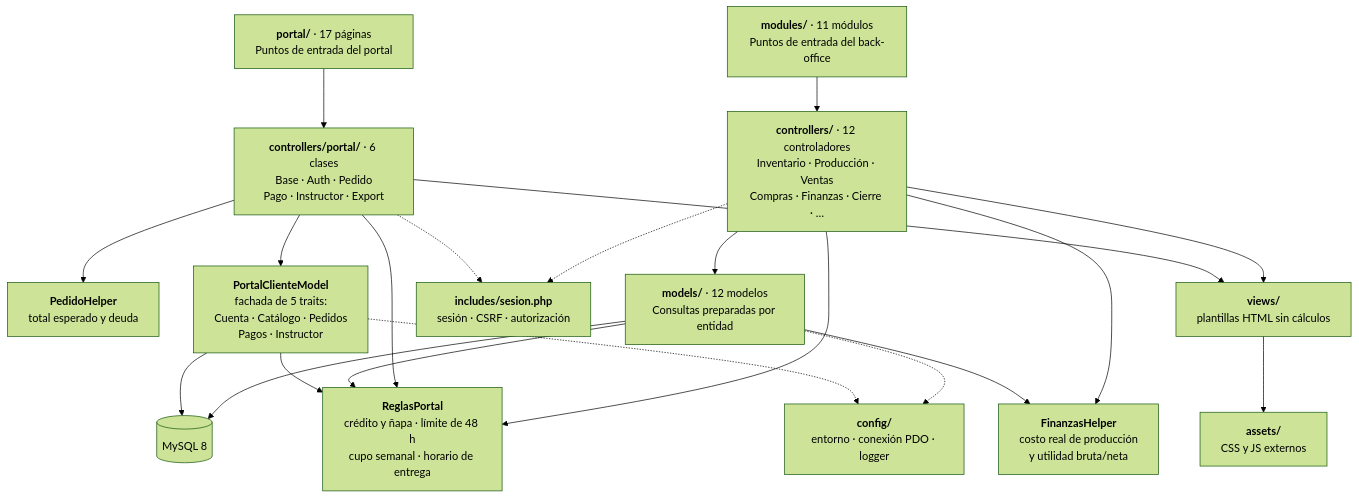
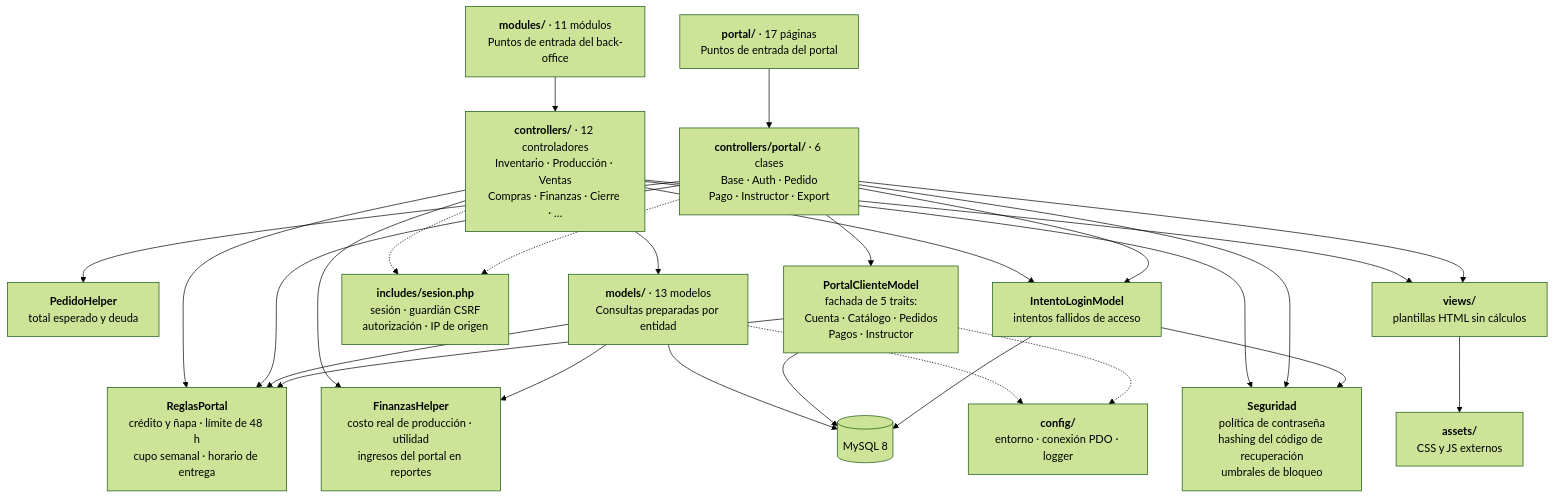
The first of 2 diagrams in README.md (Manuel151025/breadcontrol), drawn with Mermaid (forest theme) before and after one commit. The commit also changed other lines of this file and 1 other file, not shown here.

Commit message:
docs: sincronizar SRS y README con el sistema real (HU, seguridad, diagrama)
El SRS describia codigo que ya no existe y limitaciones ya corregidas. Se
alineo con lo que hoy corre en produccion:

- RS-02: la proteccion CSRF ya no es "solo del portal"; cubre todos los
  formularios administrativos. Se documenta el guardian por metodo.
- Nuevos RS-05..RS-08: freno a la fuerza bruta, politica unica de contrasena,
  secretos de recuperacion hasheados y credenciales fuera del repositorio.
- RF-26 / HU-05 / seccion 3.3 / formula G: se retira la integracion con la API
  de Wompi, que fue eliminada del proyecto por ser codigo muerto. El SRS la
  describia como funcionalidad disponible con webhook y llaves.
- Nueva formula G: ingresos totales = POS + portal cobrado, con la fecha de
  imputacion (fecha_entrega) y el porque del anti-doble-conteo.
- Nuevo RF-30 y HU-06/07/08: vinculacion por codigo del instructor, acceso
  protegido contra ataques automatizados e ingresos del portal en reportes.
- README: el diagrama de componentes incorpora Seguridad e IntentoLoginModel,
  y se explica por que el guardian CSRF va antes de resolver la accion.

````diff
--- a/README.md
+++ b/README.md
@@ -109,44 +109,52 @@
 ```mermaid
 flowchart TD
     BO["<b>modules/</b> · 11 módulos<br/>Puntos de entrada del back-office"]
     PT["<b>portal/</b> · 17 páginas<br/>Puntos de entrada del portal"]
 
     CBO["<b>controllers/</b> · 12 controladores<br/>Inventario · Producción · Ventas<br/>Compras · Finanzas · Cierre · …"]
     CPT["<b>controllers/portal/</b> · 6 clases<br/>Base · Auth · Pedido<br/>Pago · Instructor · Export"]
 
     RP["<b>ReglasPortal</b><br/>crédito y ñapa · límite de 48 h<br/>cupo semanal · horario de entrega"]
     PH["<b>PedidoHelper</b><br/>total esperado y deuda"]
-    FH["<b>FinanzasHelper</b><br/>costo real de producción<br/>y utilidad bruta/neta"]
+    FH["<b>FinanzasHelper</b><br/>costo real de producción · utilidad<br/>ingresos del portal en reportes"]
+    SG["<b>Seguridad</b><br/>política de contraseña<br/>hashing del código de recuperación<br/>umbrales de bloqueo"]
 
-    MBO["<b>models/</b> · 12 modelos<br/>Consultas preparadas por entidad"]
+    MBO["<b>models/</b> · 13 modelos<br/>Consultas preparadas por entidad"]
     MPT["<b>PortalClienteModel</b><br/>fachada de 5 traits:<br/>Cuenta · Catálogo · Pedidos<br/>Pagos · Instructor"]
+    MIL["<b>IntentoLoginModel</b><br/>intentos fallidos de acceso"]
 
-    SES["<b>includes/sesion.php</b><br/>sesión · CSRF · autorización"]
+    SES["<b>includes/sesion.php</b><br/>sesión · guardián CSRF<br/>autorización · IP de origen"]
     CFG["<b>config/</b><br/>entorno · conexión PDO · logger"]
 
     VW["<b>views/</b><br/>plantillas HTML sin cálculos"]
     AS["<b>assets/</b><br/>CSS y JS externos"]
 
     BD[("MySQL 8")]
 
     BO --> CBO
     PT --> CPT
     CBO --> MBO
     CPT --> MPT
     CBO --> RP
     CBO --> FH
+    CBO --> SG
     CPT --> RP
     CPT --> PH
+    CPT --> SG
+    CBO --> MIL
+    CPT --> MIL
+    MIL --> SG
     MBO --> RP
     MBO --> FH
     MPT --> RP
     MBO --> BD
     MPT --> BD
+    MIL --> BD
     CBO --> VW
     CPT --> VW
     VW --> AS
     CBO -.-> SES
     CPT -.-> SES
     MBO -.-> CFG
     MPT -.-> CFG
 ```
````
